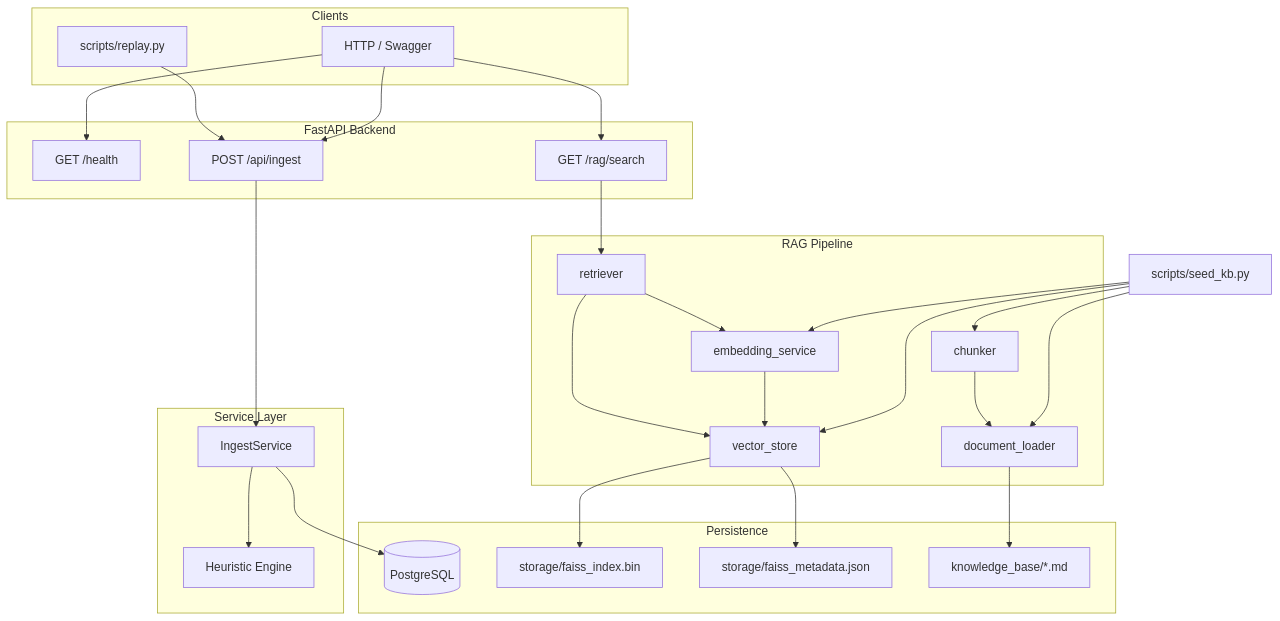
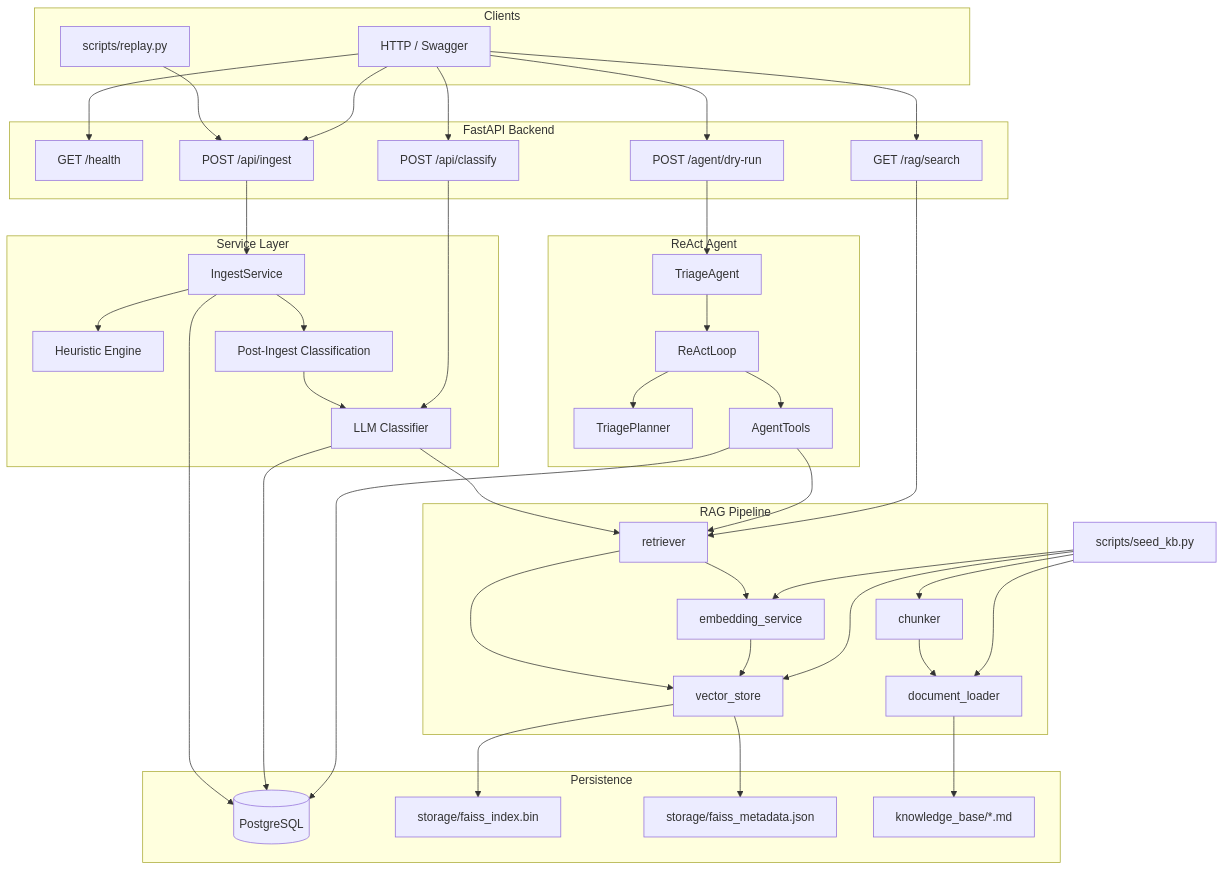
One commit to mithiljatkar-3110/Ai_email_operation changed the first of 2 diagrams in README.md. Above: the diagram before and after it, drawn with Mermaid. The commit also changed other lines of this file and 42 other files, not shown here.

````diff
--- a/README.md
+++ b/README.md
@@ -33,56 +35,81 @@
 ```mermaid
 flowchart TB
     subgraph clients [Clients]
         Replay[scripts/replay.py]
         API_Client[HTTP / Swagger]
     end
 
     subgraph fastapi [FastAPI Backend]
         Health[GET /health]
         Ingest[POST /api/ingest]
+        Classify[POST /api/classify]
+        Agent[POST /agent/dry-run]
         RAGSearch[GET /rag/search]
     end
 
     subgraph services [Service Layer]
         IngestSvc[IngestService]
         Heuristics[Heuristic Engine]
+        Classifier[LLM Classifier]
+        PostIngest[Post-Ingest Classification]
+    end
+
+    subgraph agent [ReAct Agent]
+        TriageAgent[TriageAgent]
+        Planner[TriagePlanner]
+        ReActLoop[ReActLoop]
+        Tools[AgentTools]
     end
 
     subgraph rag [RAG Pipeline]
         DocLoader[document_loader]
         Chunker[chunker]
         Embeddings[embedding_service]
         FAISS[vector_store]
         Retriever[retriever]
     end
 
     subgraph storage [Persistence]
         PG[(PostgreSQL)]
         FAISSBin[storage/faiss_index.bin]
         MetaJSON[storage/faiss_metadata.json]
         KB[knowledge_base/*.md]
     end
 
     Replay --> Ingest
     API_Client --> Health
     API_Client --> Ingest
+    API_Client --> Classify
+    API_Client --> Agent
     API_Client --> RAGSearch
 
     Ingest --> IngestSvc
     IngestSvc --> Heuristics
     IngestSvc --> PG
+    IngestSvc --> PostIngest
+    PostIngest --> Classifier
+    Classifier --> Retriever
+    Classifier --> PG
+
+    Classify --> Classifier
+    Agent --> TriageAgent
+    TriageAgent --> ReActLoop
+    ReActLoop --> Planner
+    ReActLoop --> Tools
+    Tools --> Retriever
+    Tools --> PG
 
     RAGSearch --> Retriever
     Retriever --> Embeddings
     Retriever --> FAISS
     FAISS --> FAISSBin
     FAISS --> MetaJSON
 
     DocLoader --> KB
     Chunker --> DocLoader
     Embeddings --> FAISS
     seed_kb[scripts/seed_kb.py] --> DocLoader
     seed_kb --> Chunker
     seed_kb --> Embeddings
     seed_kb --> FAISS
 ```
````
